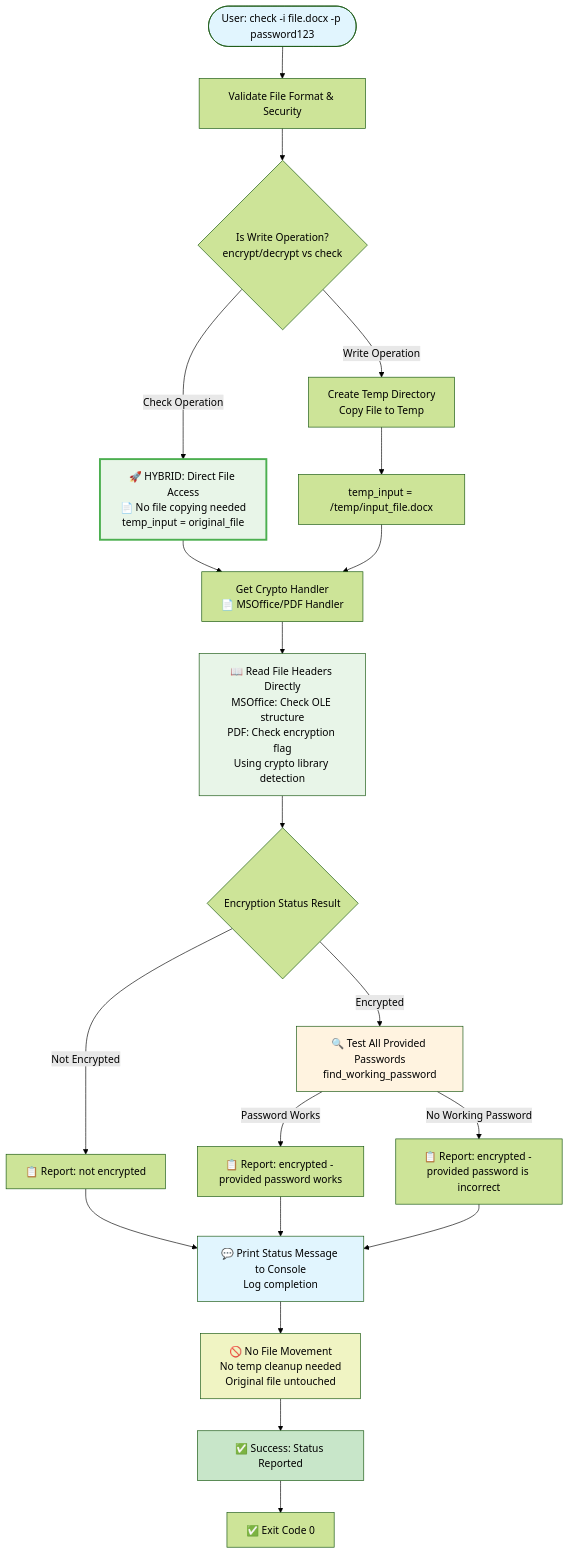
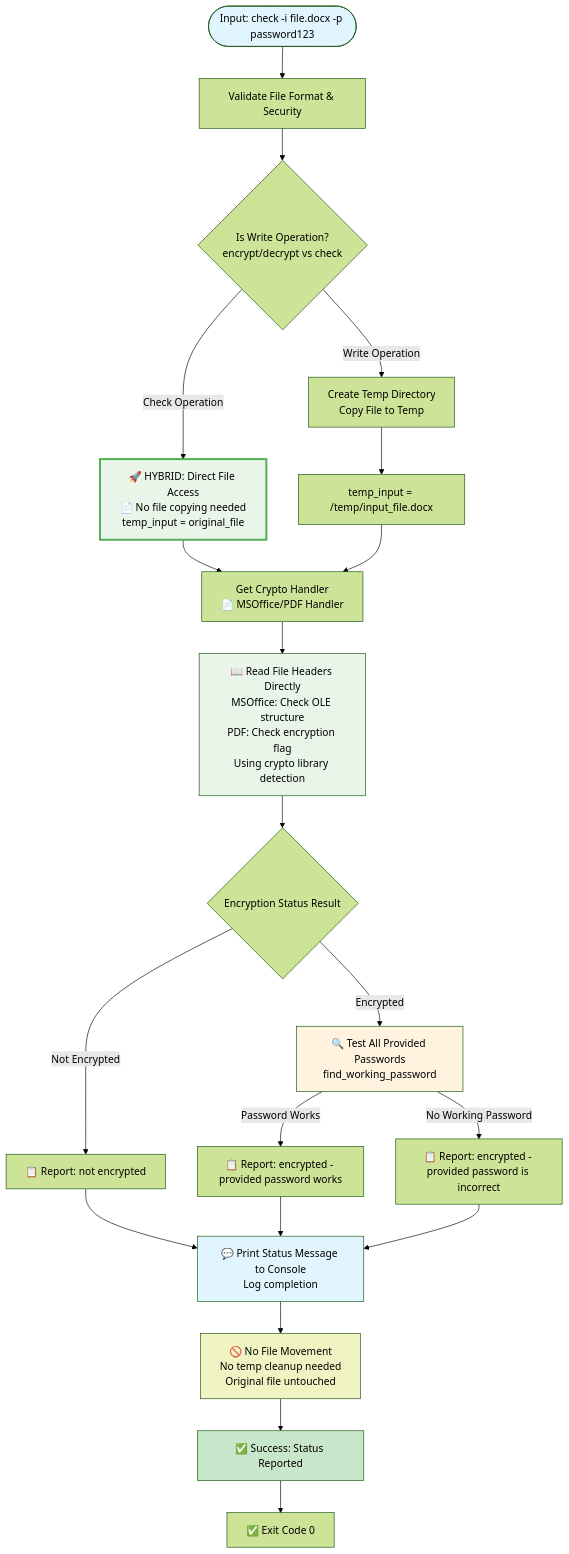
Before and after one commit to tenpainator/fast_pass: the fifth of 11 diagrams in dev/FASTPASS_BUSINESS_LOGIC_DIAGRAM.md, drawn with Mermaid (forest theme). The commit also changed other lines of this file, not shown here.

First line of the commit message:
Update business logic diagram to include library interface

````diff
--- a/dev/FASTPASS_BUSINESS_LOGIC_DIAGRAM.md
+++ b/dev/FASTPASS_BUSINESS_LOGIC_DIAGRAM.md
@@ -123,41 +161,41 @@
 ```mermaid
 flowchart TD
-    START([User: check -i file.docx -p password123]) --> VALIDATE[Validate File Format & Security]
+    START([Input: check -i file.docx -p password123]) --> VALIDATE[Validate File Format & Security]
     VALIDATE --> CHECK_WRITE{Is Write Operation?<br/>encrypt/decrypt vs check}
     
     CHECK_WRITE -->|Write Operation| CREATE_TEMP[Create Temp Directory<br/>Copy File to Temp]
     CHECK_WRITE -->|Check Operation| DIRECT_ACCESS[🚀 HYBRID: Direct File Access<br/>📄 No file copying needed<br/>temp_input = original_file]
     
     CREATE_TEMP --> TEMP_INPUT[temp_input = /temp/input_file.docx]
     DIRECT_ACCESS --> GET_HANDLER[Get Crypto Handler<br/>📄 MSOffice/PDF Handler]
     TEMP_INPUT --> GET_HANDLER
     
     GET_HANDLER --> DETECT_ENC[📖 Read File Headers Directly<br/>MSOffice: Check OLE structure<br/>PDF: Check encryption flag<br/>Using crypto library detection]
     
     DETECT_ENC --> ENC_STATUS{Encryption Status Result}
     
     ENC_STATUS -->|Not Encrypted| REPORT_CLEAR[📋 Report: not encrypted]
     ENC_STATUS -->|Encrypted| TEST_PASSWORDS[🔍 Test All Provided Passwords<br/>find_working_password]
     
     TEST_PASSWORDS -->|Password Works| REPORT_WORKS[📋 Report: encrypted - provided password works]
     TEST_PASSWORDS -->|No Working Password| REPORT_INCORRECT[📋 Report: encrypted - provided password is incorrect]
     
     REPORT_CLEAR --> OUTPUT[💬 Print Status Message to Console<br/>Log completion]
     REPORT_WORKS --> OUTPUT
     REPORT_INCORRECT --> OUTPUT
     
     OUTPUT --> NO_FILES[🚫 No File Movement<br/>No temp cleanup needed<br/>Original file untouched]
     NO_FILES --> SUCCESS[✅ Success: Status Reported]
     SUCCESS --> PASS[✅ Exit Code 0]
 
     style START fill:#e1f5fe
     style SUCCESS fill:#c8e6c9
     style DIRECT_ACCESS fill:#e8f5e8
     style TEST_PASSWORDS fill:#fff3e0
     style NO_FILES fill:#f0f4c3
     style OUTPUT fill:#e1f5fe
     style DETECT_ENC fill:#e8f5e8
 
     classDef hybrid fill:#e8f5e8,stroke:#4caf50,stroke-width:3px
     class DIRECT_ACCESS hybrid
 ```
````
